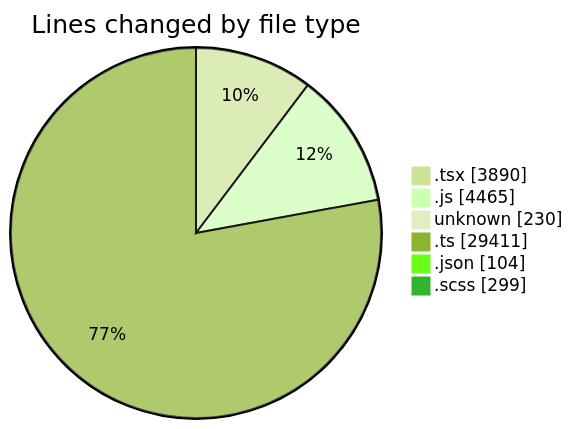
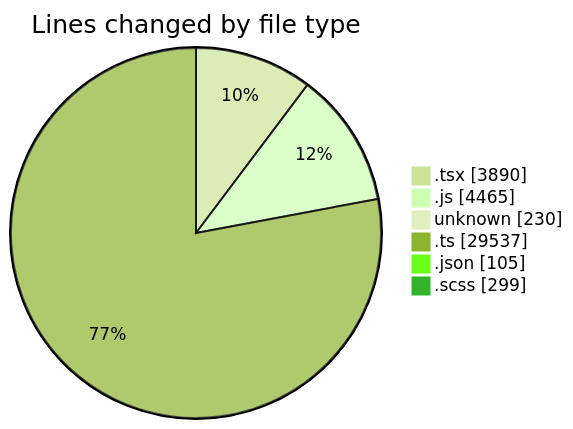
The first of 2 diagrams in 2026-05-06/cda/README.md (momahboobian/code-tracking), drawn with Mermaid (forest theme) before and after one commit. The commit also changed other lines of this file and 1 other file, not shown here.

````diff
--- a/2026-05-06/cda/README.md
+++ b/2026-05-06/cda/README.md
@@ -88,10 +89,10 @@
 ```mermaid
 pie showData
 title Lines changed by file type
 ".tsx" : 3890
 ".js" : 4465
 "unknown" : 230
-".ts" : 29411
-".json" : 104
+".ts" : 29537
+".json" : 105
 ".scss" : 299
 ```
````
